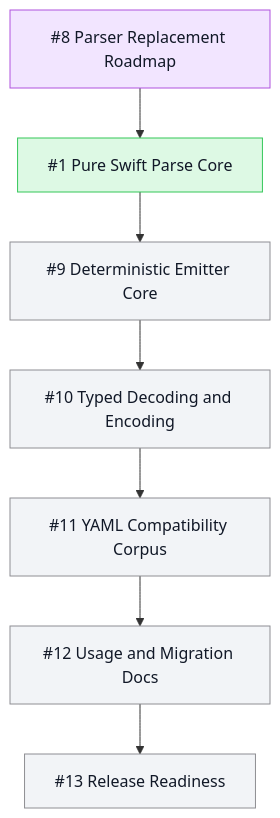
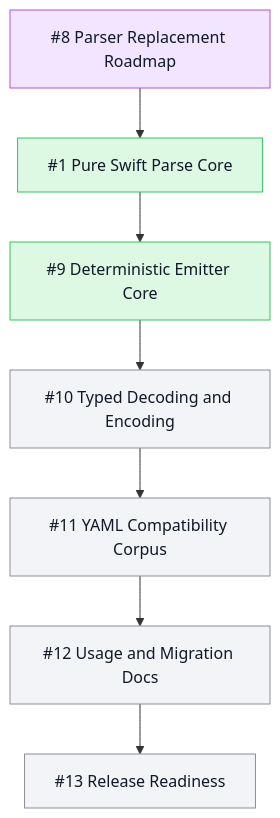
Before and after one commit to mihaelamj/PureYAML: the second of 2 diagrams in README.md, drawn with Mermaid. The commit also changed other lines of this file and 4 other files, not shown here.

````diff
--- a/README.md
+++ b/README.md
@@ -41,20 +41,20 @@
 ```mermaid
 flowchart TB
   classDef done fill:#ddf9e4,stroke:#34c759,color:#111827
   classDef review fill:#fff7d6,stroke:#ffcc00,color:#111827
   classDef epic fill:#f2e5ff,stroke:#af52de,color:#111827
   classDef todo fill:#f2f4f7,stroke:#8e8e93,color:#111827
   SuperEpic8["#8 Parser Replacement Roadmap"]:::epic
   Epic1["#1 Pure Swift Parse Core"]:::done
-  Epic9["#9 Deterministic Emitter Core"]:::todo
+  Epic9["#9 Deterministic Emitter Core"]:::done
   Epic10["#10 Typed Decoding and Encoding"]:::todo
   Epic11["#11 YAML Compatibility Corpus"]:::todo
   Epic12["#12 Usage and Migration Docs"]:::todo
   Epic13["#13 Release Readiness"]:::todo
   SuperEpic8 --> Epic1
   Epic1 --> Epic9
   Epic9 --> Epic10
   Epic10 --> Epic11
   Epic11 --> Epic12
   Epic12 --> Epic13
 ```
````
